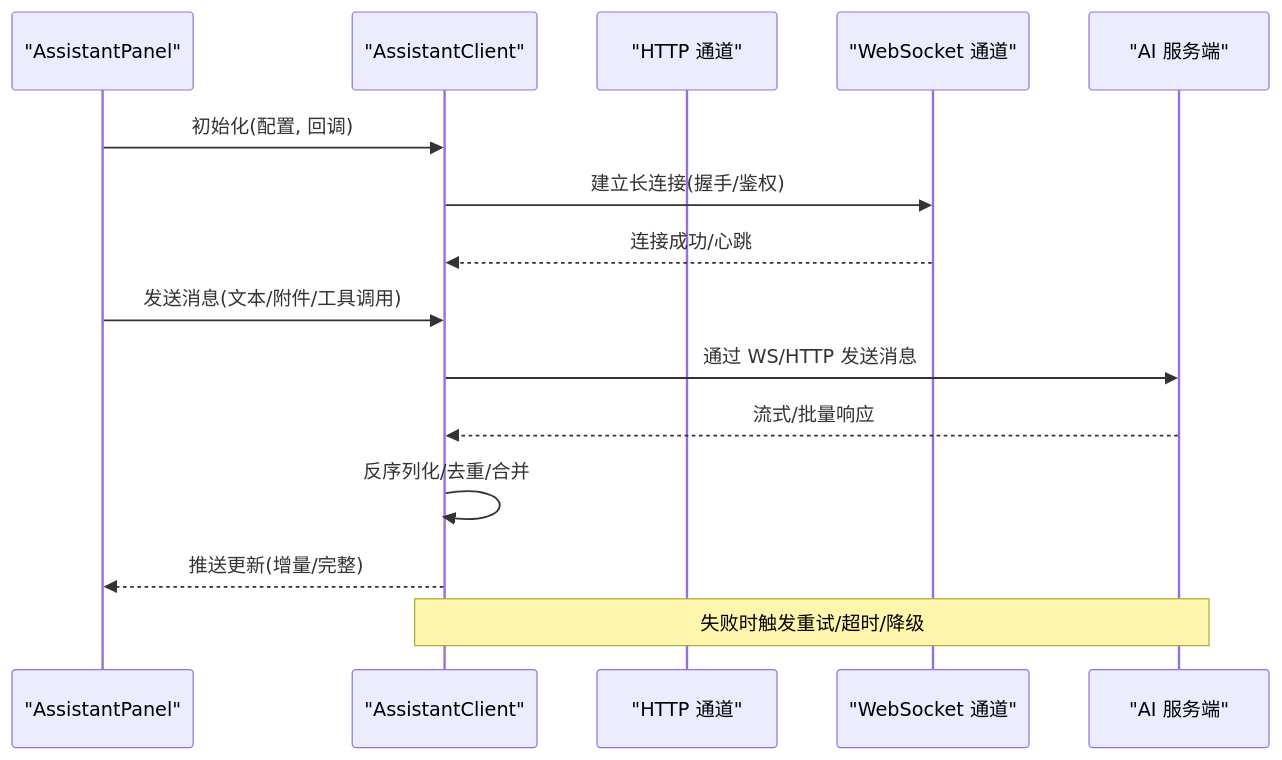
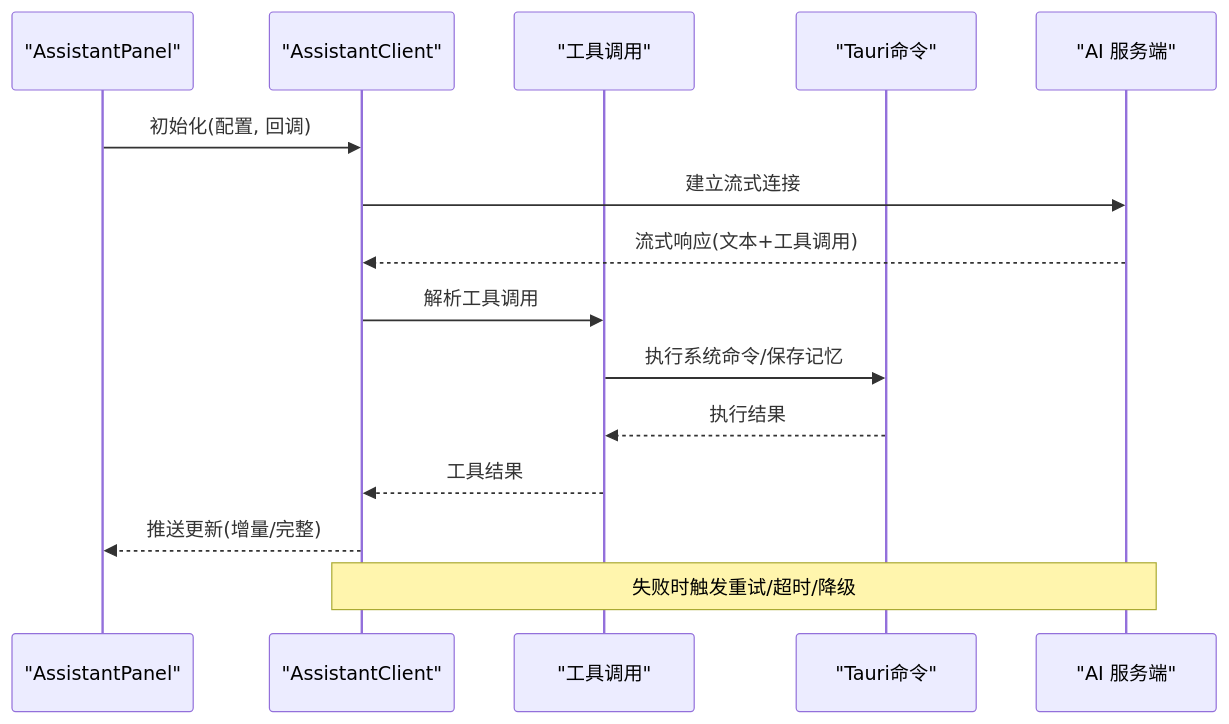
One commit to Wumiu/Petra changed the second of 3 diagrams in .qoder/repowiki/zh/content/AI助手模块/AssistantClient通信客户端.md. Above: the diagram before and after it, drawn with Mermaid. The commit also changed other lines of this file and 45 other files, not shown here.

````diff
--- a/.qoder/repowiki/zh/content/AI助手模块/AssistantClient通信客户端.md
+++ b/.qoder/repowiki/zh/content/AI助手模块/AssistantClient通信客户端.md
@@ -68,17 +88,17 @@
 ```mermaid
 sequenceDiagram
 participant Panel as "AssistantPanel"
 participant Client as "AssistantClient"
-participant HTTP as "HTTP 通道"
-participant WS as "WebSocket 通道"
+participant Tools as "工具调用"
+participant Tauri as "Tauri命令"
 participant Server as "AI 服务端"
 Panel->>Client : 初始化(配置, 回调)
-Client->>WS : 建立长连接(握手/鉴权)
-WS-->>Client : 连接成功/心跳
-Panel->>Client : 发送消息(文本/附件/工具调用)
-Client->>Server : 通过 WS/HTTP 发送消息
-Server-->>Client : 流式/批量响应
-Client->>Client : 反序列化/去重/合并
+Client->>Server : 建立流式连接
+Server-->>Client : 流式响应(文本+工具调用)
+Client->>Tools : 解析工具调用
+Tools->>Tauri : 执行系统命令/保存记忆
+Tauri-->>Tools : 执行结果
+Tools-->>Client : 工具结果
 Client-->>Panel : 推送更新(增量/完整)
 Note over Client,Server : 失败时触发重试/超时/降级
 ```
````
